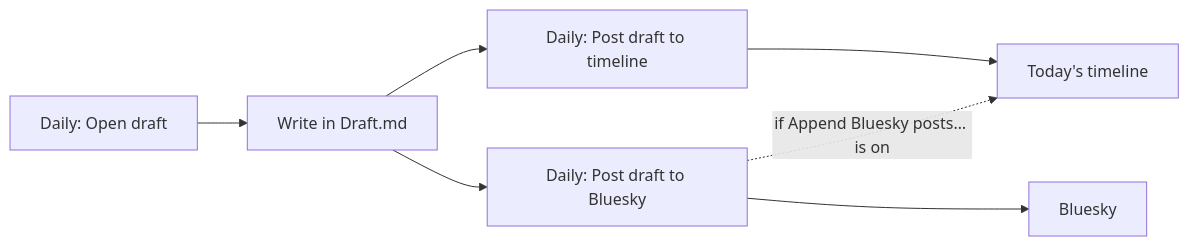
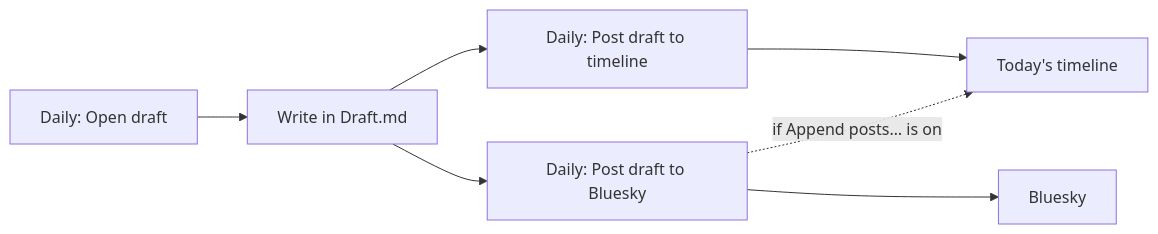
The diagram in docs/en/daily-notes.md (masaki39/obsidian-crystal), drawn with Mermaid before and after one commit. The commit also changed other lines of this file and 56 other files, not shown here.

````diff
--- a/docs/en/daily-notes.md
+++ b/docs/en/daily-notes.md
@@ -87,9 +87,9 @@
 ```mermaid
 flowchart LR
   A["Daily: Open draft"] --> B[Write in Draft.md]
   B --> C["Daily: Post draft to timeline"]
   B --> D["Daily: Post draft to Bluesky"]
   C --> E[Today's timeline]
   D --> F[Bluesky]
-  D -. "if Append Bluesky posts… is on" .-> E
+  D -. "if Append posts… is on" .-> E
 ```
````
